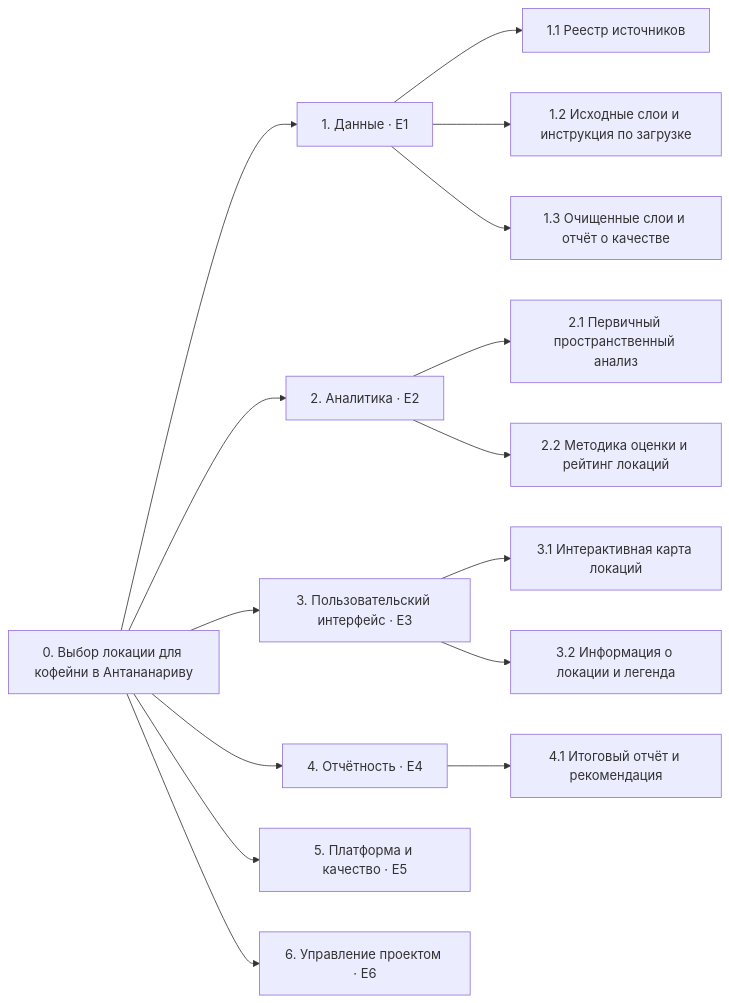
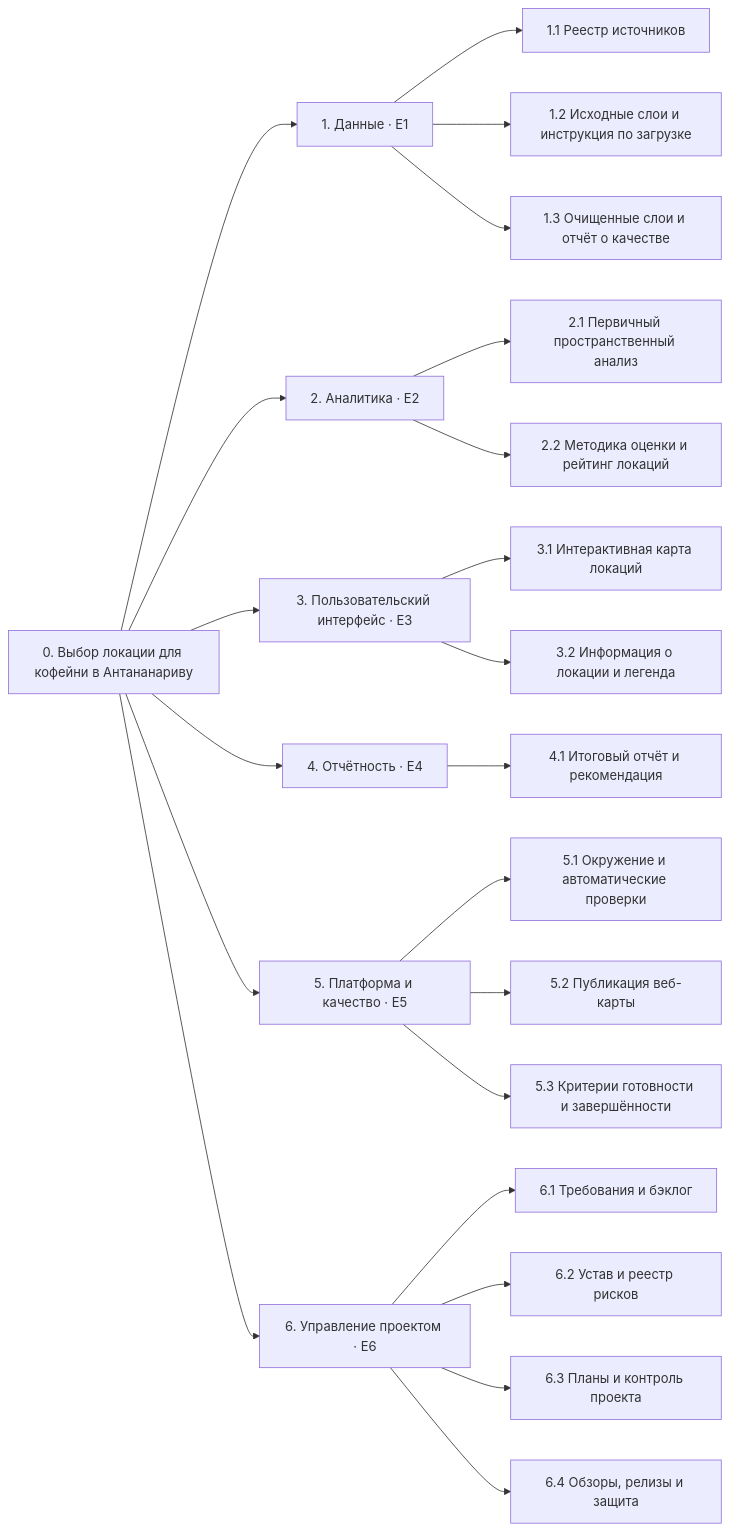
The diagram in docs/wbs.md (DedNadif/pm-lab-01-geomarket), drawn with Mermaid before and after one commit. The commit also changed other lines of this file, not shown here.

Commit message:
docs: complete WBS structure and dictionary (#31)
Added new sections for environment setup, web map publication, and criteria for completion in the WBS document.

````diff
--- a/docs/wbs.md
+++ b/docs/wbs.md
@@ -5,19 +5,31 @@
 ```mermaid
 flowchart LR
     P["0. Выбор локации для кофейни в Антананариву"]
     P --> D["1. Данные · E1"]
     P --> A["2. Аналитика · E2"]
     P --> U["3. Пользовательский интерфейс · E3"]
     P --> R["4. Отчётность · E4"]
     P --> Q["5. Платформа и качество · E5"]
     P --> M["6. Управление проектом · E6"]
 
     D --> D1["1.1 Реестр источников"]
     D --> D2["1.2 Исходные слои и инструкция по загрузке"]
     D --> D3["1.3 Очищенные слои и отчёт о качестве"]
+
     A --> A1["2.1 Первичный пространственный анализ"]
     A --> A2["2.2 Методика оценки и рейтинг локаций"]
+
     U --> U1["3.1 Интерактивная карта локаций"]
     U --> U2["3.2 Информация о локации и легенда"]
+
     R --> R1["4.1 Итоговый отчёт и рекомендация"]
+
+    Q --> Q1["5.1 Окружение и автоматические проверки"]
+    Q --> Q2["5.2 Публикация веб-карты"]
+    Q --> Q3["5.3 Критерии готовности и завершённости"]
+
+    M --> M1["6.1 Требования и бэклог"]
+    M --> M2["6.2 Устав и реестр рисков"]
+    M --> M3["6.3 Планы и контроль проекта"]
+    M --> M4["6.4 Обзоры, релизы и защита"]
 ```
````
